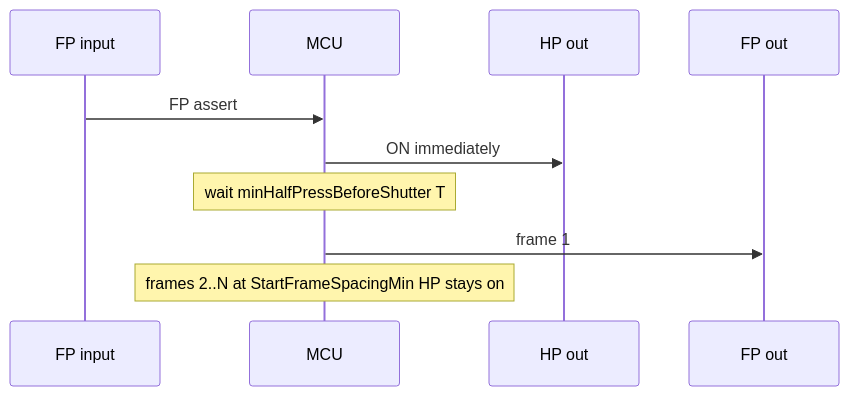
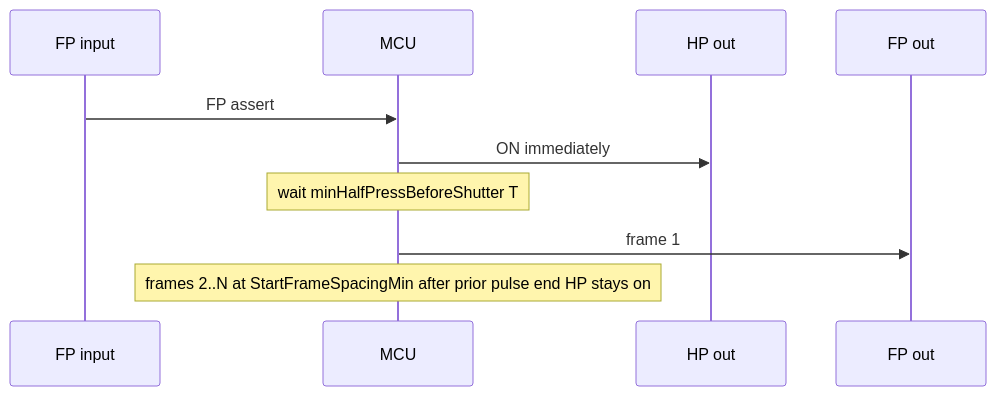
One commit to intvenlab/camptraptions_timing changed the third of 7 diagrams in docs/diagrams/timing-sequences.md. Above: the diagram before and after it, drawn with Mermaid. The commit also changed other lines of this file and 264 other files, not shown here.

````diff
--- a/docs/diagrams/timing-sequences.md
+++ b/docs/diagrams/timing-sequences.md
@@ -122,13 +122,13 @@
 ```mermaid
 sequenceDiagram
     participant FPi as FP input
     participant MCU
     participant HPo as HP out
     participant FPo as FP out
 
     FPi->>MCU: FP assert
     MCU->>HPo: ON immediately
     Note over MCU: wait minHalfPressBeforeShutter T
     MCU->>FPo: frame 1
-    Note over MCU: frames 2..N at StartFrameSpacingMin HP stays on
+    Note over MCU: frames 2..N at StartFrameSpacingMin after prior pulse end HP stays on
 ```
````
